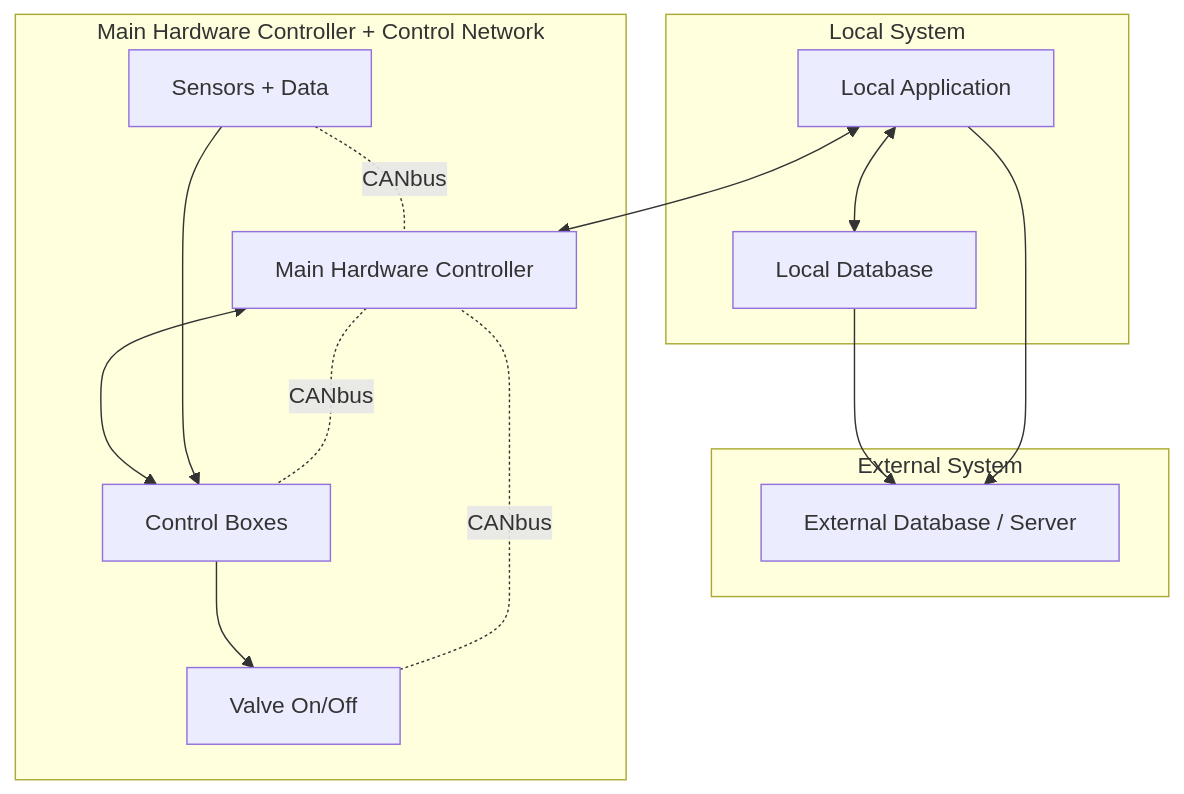
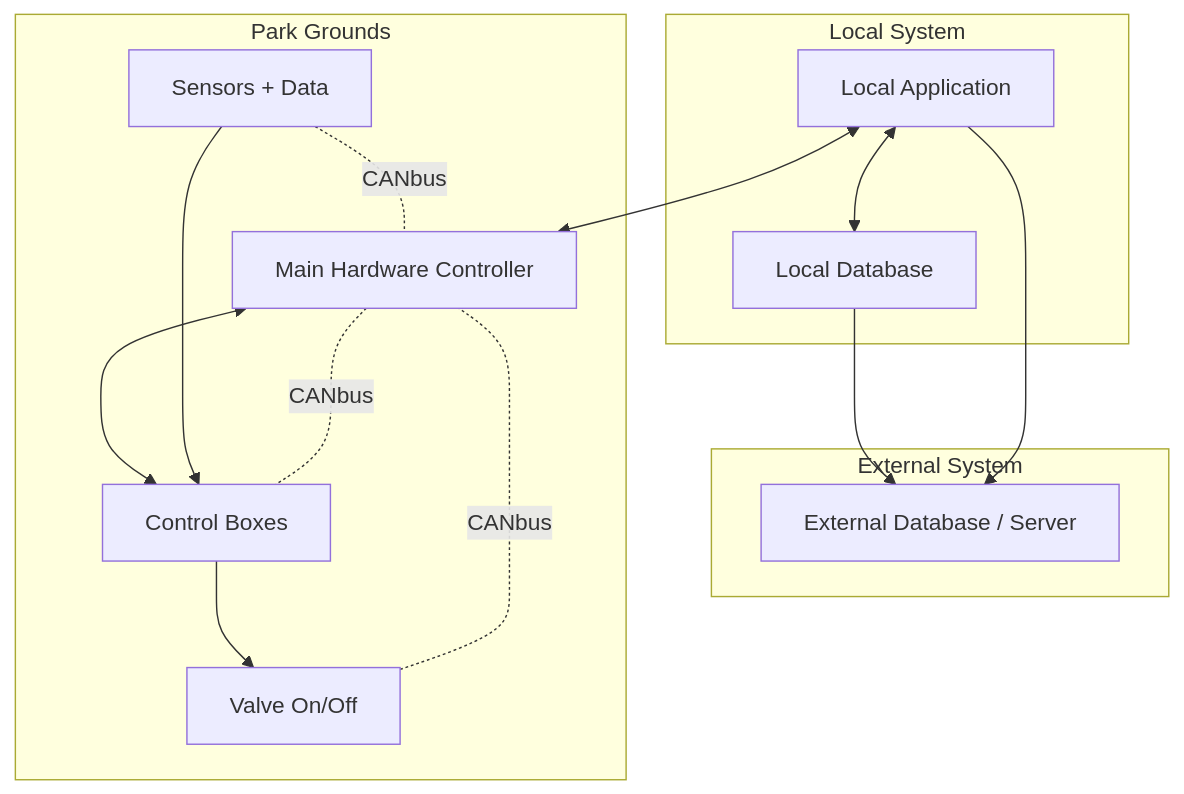
The diagram in mermaid/app_graph.md (Rackhamn/rackhamn.github.io), drawn with Mermaid before and after one commit.

````diff
--- a/mermaid/app_graph.md
+++ b/mermaid/app_graph.md
@@ -1,33 +1,33 @@
 ```mermaid
 flowchart TD
     subgraph Local_System[Local System]
         app[Local Application]
         db[Local Database]
     end
 
     subgraph External_System[External System]
         extdb[External Database / Server]
     end
 
-    subgraph Hardware[Main Hardware Controller + Control Network]
+    subgraph Hardware[Park Grounds]
         mhc[Main Hardware Controller]
         cb[Control Boxes]
         valve[Valve On/Off]
         sensors[Sensors + Data]
     end
 
     %% Connections
     app <--> db
     db --> extdb
     app --> extdb
 
     app <--> mhc
     mhc <--> cb
     cb --> valve
     sensors --> cb
 
     %% Notes
     mhc -. CANbus .- cb
     sensors -. CANbus .- mhc
     valve -. CANbus .- mhc
 ```
````
